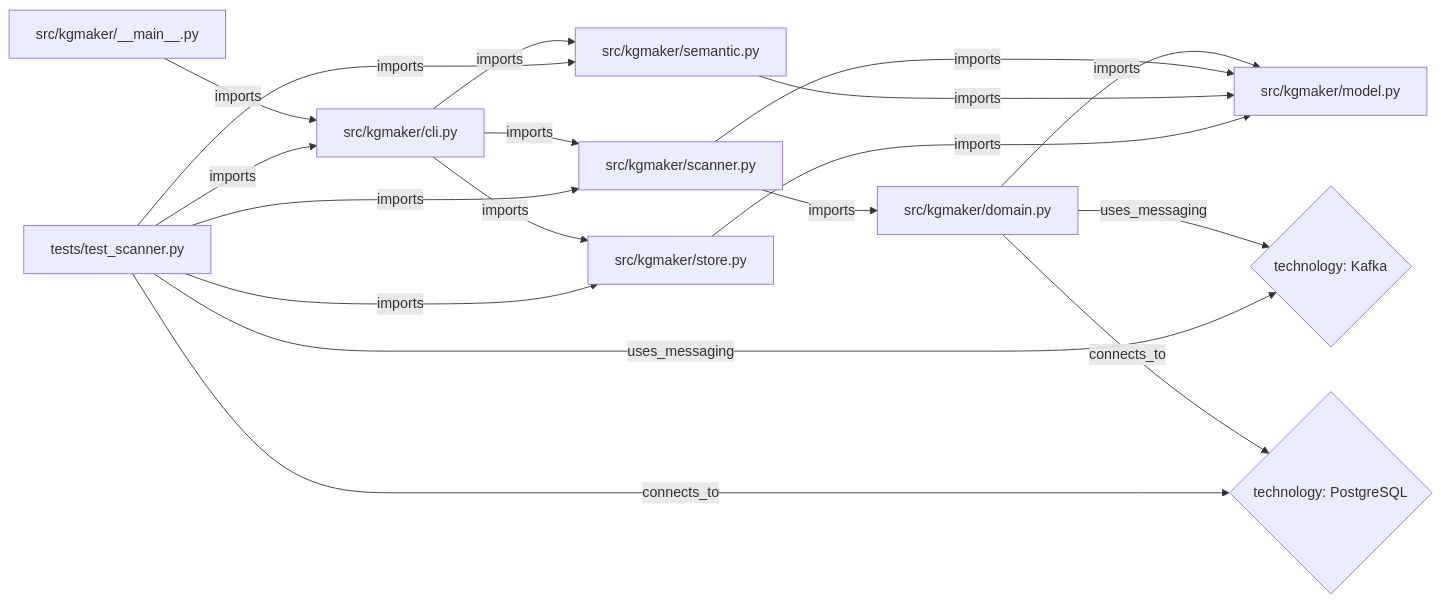
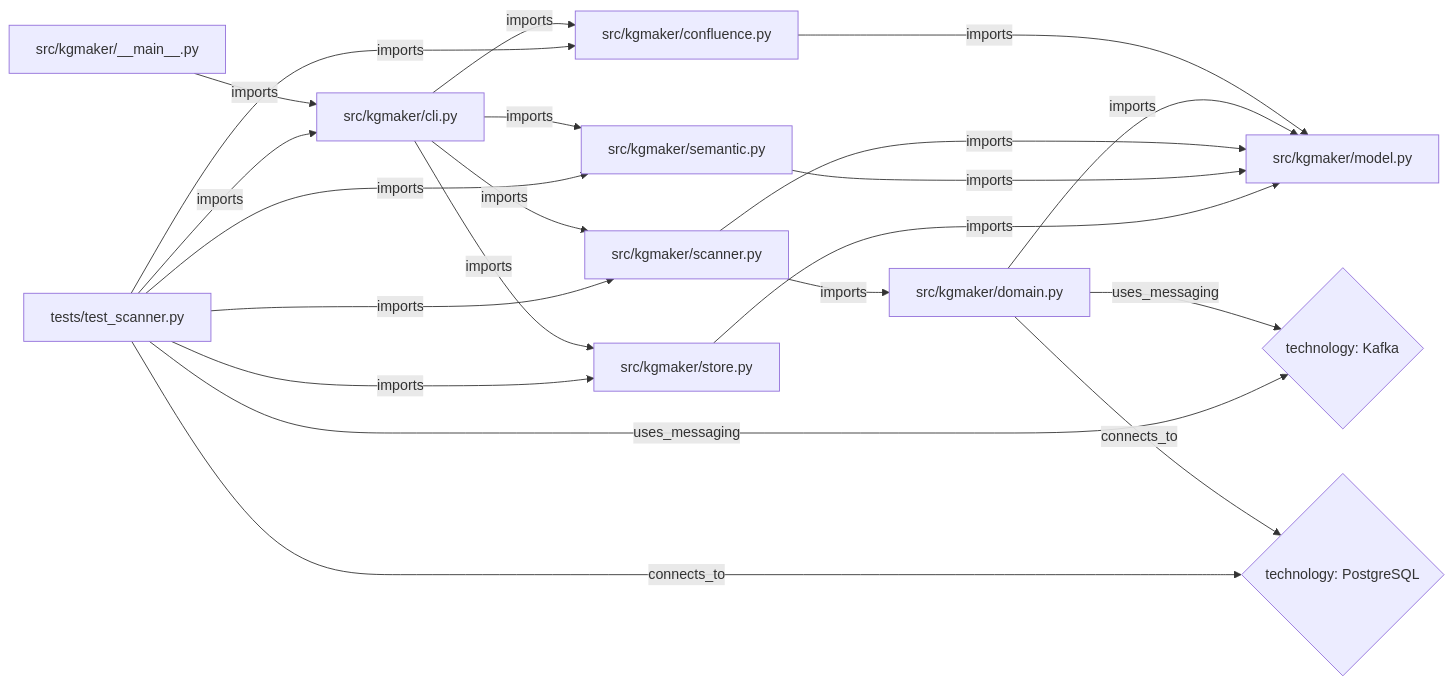
One commit to p-rum/kgmaker changed the diagram in .kgmaker/GRAPH.md. Above: the diagram before and after it, drawn with Mermaid. The commit also changed other lines of this file and 14 other files, not shown here.

````diff
--- a/.kgmaker/GRAPH.md
+++ b/.kgmaker/GRAPH.md
@@ -21,30 +21,34 @@
 ```mermaid
 flowchart LR
   n0["src/kgmaker/__main__.py"]
   n1["src/kgmaker/cli.py"]
-  n2["src/kgmaker/domain.py"]
-  n3["src/kgmaker/model.py"]
-  n4["src/kgmaker/scanner.py"]
-  n5["src/kgmaker/semantic.py"]
-  n6["src/kgmaker/store.py"]
-  n7["tests/test_scanner.py"]
-  n8{"technology: Kafka"}
-  n9{"technology: PostgreSQL"}
+  n2["src/kgmaker/confluence.py"]
+  n3["src/kgmaker/domain.py"]
+  n4["src/kgmaker/model.py"]
+  n5["src/kgmaker/scanner.py"]
+  n6["src/kgmaker/semantic.py"]
+  n7["src/kgmaker/store.py"]
+  n8["tests/test_scanner.py"]
+  n9{"technology: Kafka"}
+  n10{"technology: PostgreSQL"}
   n0 -->|imports| n1
-  n1 -->|imports| n4
+  n1 -->|imports| n2
   n1 -->|imports| n5
   n1 -->|imports| n6
-  n2 -->|imports| n3
-  n2 -->|uses_messaging| n8
-  n2 -->|connects_to| n9
-  n4 -->|imports| n2
-  n4 -->|imports| n3
+  n1 -->|imports| n7
+  n2 -->|imports| n4
+  n3 -->|imports| n4
+  n3 -->|uses_messaging| n9
+  n3 -->|connects_to| n10
   n5 -->|imports| n3
-  n6 -->|imports| n3
-  n7 -->|imports| n1
+  n5 -->|imports| n4
+  n6 -->|imports| n4
   n7 -->|imports| n4
-  n7 -->|imports| n5
-  n7 -->|imports| n6
-  n7 -->|uses_messaging| n8
-  n7 -->|connects_to| n9
+  n8 -->|imports| n1
+  n8 -->|imports| n2
+  n8 -->|imports| n5
+  n8 -->|imports| n6
+  n8 -->|imports| n7
+  n8 -->|uses_messaging| n9
+  n8 -->|connects_to| n10
 ```
````
